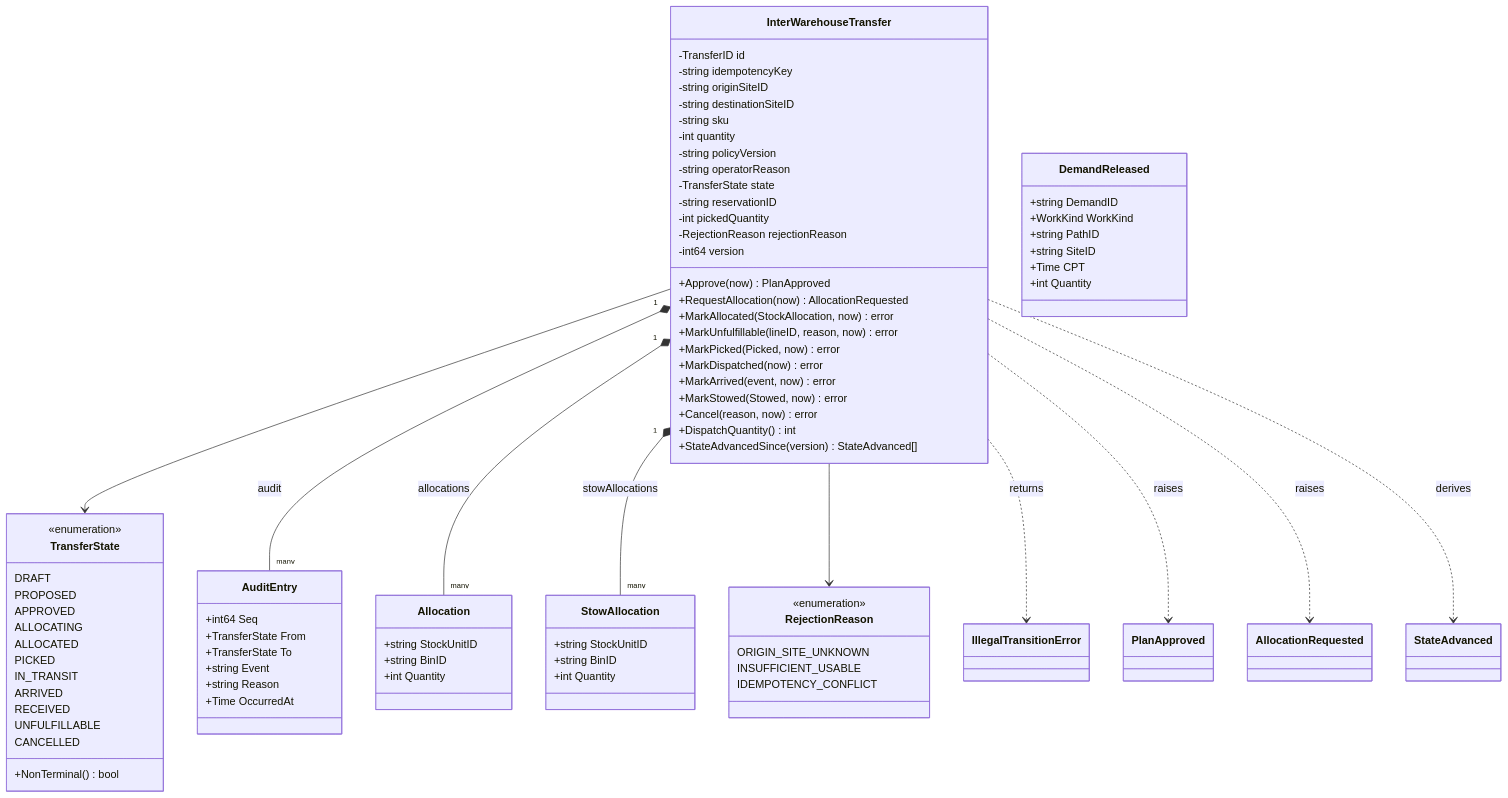
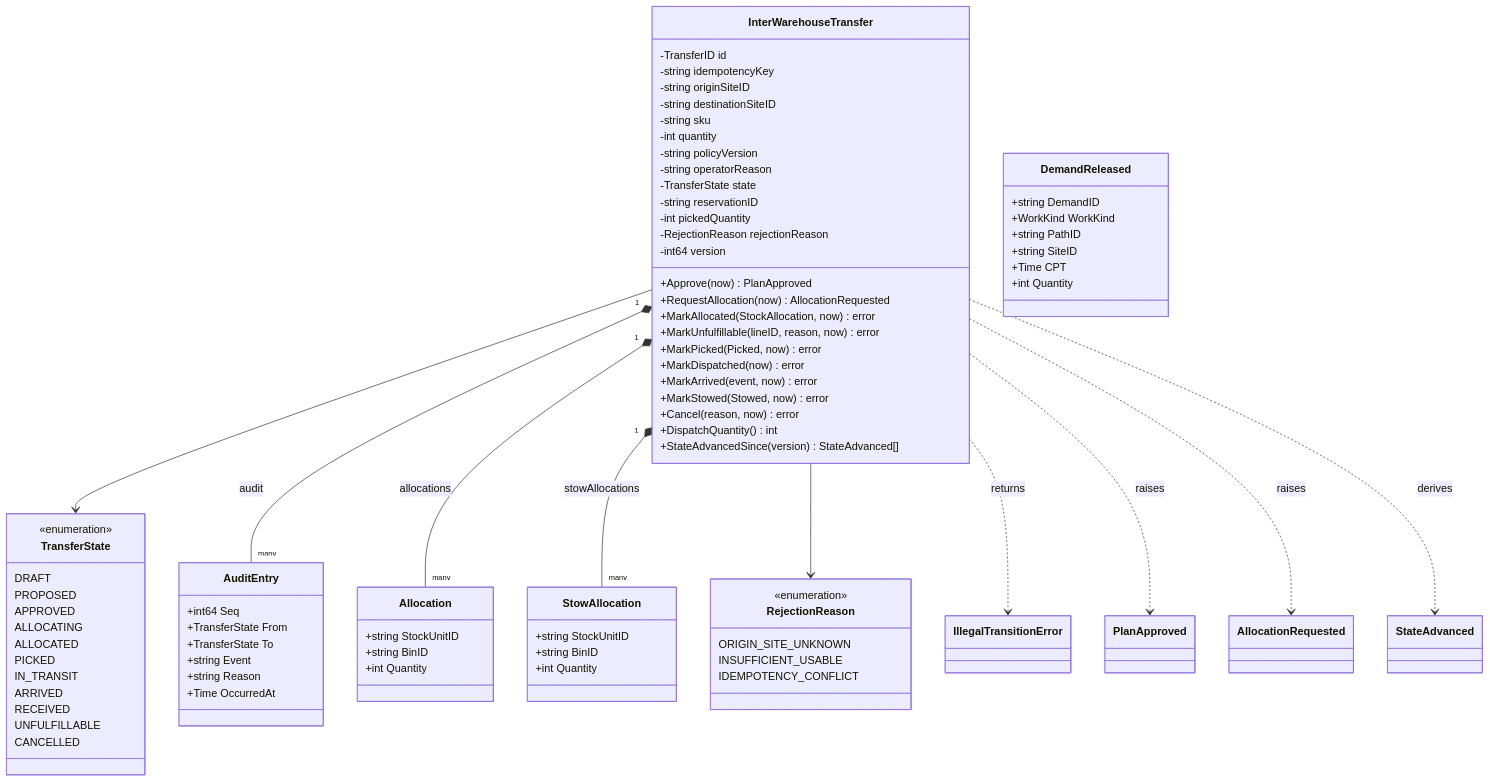
One commit to IQVO/warehouse-docs changed the first of 4 diagrams in docs/contexts/network-inventory-planning/class-diagram.md. Above: the diagram before and after it, drawn with Mermaid. The commit also changed other lines of this file and 115 other files, not shown here.

```diff
--- a/docs/contexts/network-inventory-planning/class-diagram.md
+++ b/docs/contexts/network-inventory-planning/class-diagram.md
@@ -58,7 +60,6 @@
     RECEIVED
     UNFULFILLABLE
     CANCELLED
-    +NonTerminal() bool
   }
   class AuditEntry {
     +int64 Seq
```
